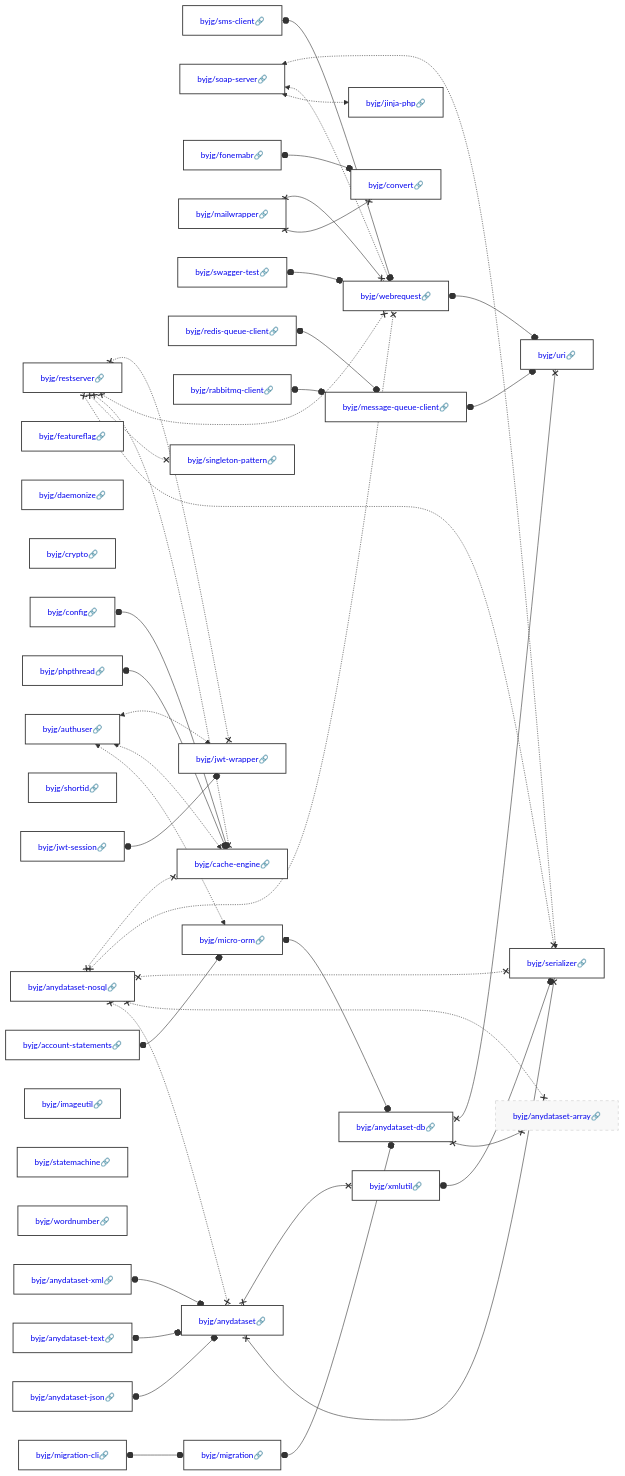
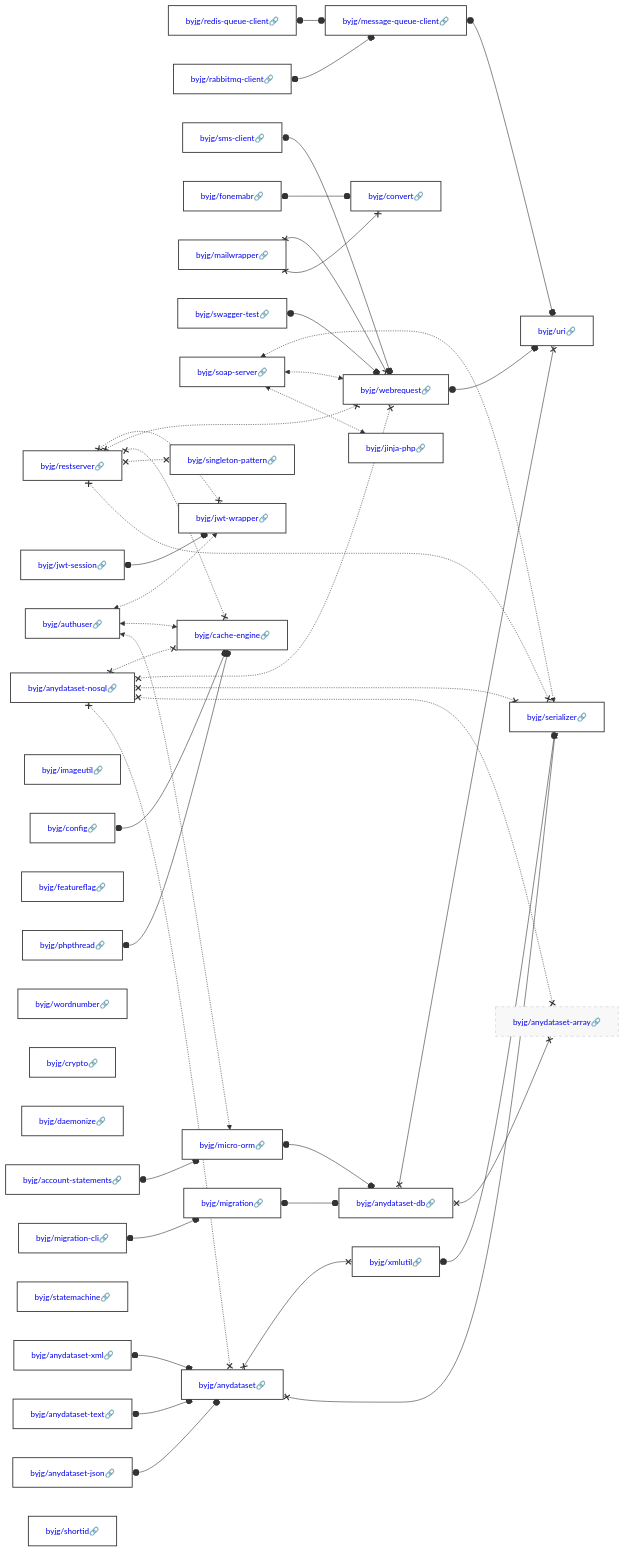
The diagram in docs/php/README.md (byjg/byjg.github.io), drawn with Mermaid before and after one commit. The commit also changed other lines of this file and 5 other files, not shown here.

Commit message:
Update documentation 'php' 'php-phpthread'

````diff
--- a/docs/php/README.md
+++ b/docs/php/README.md
@@ -3,45 +3,45 @@
 ```mermaid
 graph LR;
+  byjg/restserver[<a href='https://opensource.byjg.com/docs/php/restserver' style='text-decoration:none'>byjg/restserver🔗</a>];
+  byjg/anydataset-text[<a href='https://opensource.byjg.com/docs/php/anydataset-text' style='text-decoration:none'>byjg/anydataset-text🔗</a>];
+  byjg/anydataset-json[<a href='https://opensource.byjg.com/docs/php/anydataset-json' style='text-decoration:none'>byjg/anydataset-json🔗</a>];
+  byjg/anydataset-nosql[<a href='https://opensource.byjg.com/docs/php/anydataset-nosql' style='text-decoration:none'>byjg/anydataset-nosql🔗</a>];
+  byjg/imageutil[<a href='https://opensource.byjg.com/docs/php/imageutil' style='text-decoration:none'>byjg/imageutil🔗</a>];
+  byjg/phpthread[<a href='https://opensource.byjg.com/docs/php/phpthread' style='text-decoration:none'>byjg/phpthread🔗</a>];
+  byjg/featureflag[<a href='https://opensource.byjg.com/docs/php/featureflag' style='text-decoration:none'>byjg/featureflag🔗</a>];
+  byjg/account-statements[<a href='https://opensource.byjg.com/docs/php/account-statements' style='text-decoration:none'>byjg/account-statements🔗</a>];
+  byjg/wordnumber[<a href='https://opensource.byjg.com/docs/php/wordnumber' style='text-decoration:none'>byjg/wordnumber🔗</a>];
+  byjg/crypto[<a href='https://opensource.byjg.com/docs/php/crypto' style='text-decoration:none'>byjg/crypto🔗</a>];
+  byjg/redis-queue-client[<a href='https://opensource.byjg.com/docs/php/redis-queue-client' style='text-decoration:none'>byjg/redis-queue-client🔗</a>];
+  byjg/daemonize[<a href='https://opensource.byjg.com/docs/php/daemonize' style='text-decoration:none'>byjg/daemonize🔗</a>];
+  byjg/rabbitmq-client[<a href='https://opensource.byjg.com/docs/php/rabbitmq-client' style='text-decoration:none'>byjg/rabbitmq-client🔗</a>];
+  byjg/authuser[<a href='https://opensource.byjg.com/docs/php/authuser' style='text-decoration:none'>byjg/authuser🔗</a>];
   byjg/sms-client[<a href='https://opensource.byjg.com/docs/php/sms-client' style='text-decoration:none'>byjg/sms-client🔗</a>];
   byjg/anydataset-xml[<a href='https://opensource.byjg.com/docs/php/anydataset-xml' style='text-decoration:none'>byjg/anydataset-xml🔗</a>];
-  byjg/featureflag[<a href='https://opensource.byjg.com/docs/php/featureflag' style='text-decoration:none'>byjg/featureflag🔗</a>];
-  byjg/daemonize[<a href='https://opensource.byjg.com/docs/php/daemonize' style='text-decoration:none'>byjg/daemonize🔗</a>];
-  byjg/crypto[<a href='https://opensource.byjg.com/docs/php/crypto' style='text-decoration:none'>byjg/crypto🔗</a>];
+  byjg/statemachine[<a href='https://opensource.byjg.com/docs/php/statemachine' style='text-decoration:none'>byjg/statemachine🔗</a>];
+  byjg/migration-cli[<a href='https://opensource.byjg.com/docs/php/migration-cli' style='text-decoration:none'>byjg/migration-cli🔗</a>];
+  byjg/fonemabr[<a href='https://opensource.byjg.com/docs/php/fonemabr' style='text-decoration:none'>byjg/fonemabr🔗</a>];
+  byjg/mailwrapper[<a href='https://opensource.byjg.com/docs/php/mailwrapper' style='text-decoration:none'>byjg/mailwrapper🔗</a>];
   byjg/jwt-session[<a href='https://opensource.byjg.com/docs/php/jwt-session' style='text-decoration:none'>byjg/jwt-session🔗</a>];
-  byjg/anydataset-json[<a href='https://opensource.byjg.com/docs/php/anydataset-json' style='text-decoration:none'>byjg/anydataset-json🔗</a>];
+  byjg/swagger-test[<a href='https://opensource.byjg.com/docs/php/swagger-test' style='text-decoration:none'>byjg/swagger-test🔗</a>];
+  byjg/config[<a href='https://opensource.byjg.com/docs/php/config' style='text-decoration:none'>byjg/config🔗</a>];
+  byjg/shortid[<a href='https://opensource.byjg.com/docs/php/shortid' style='text-decoration:none'>byjg/shortid🔗</a>];
   byjg/soap-server[<a href='https://opensource.byjg.com/docs/php/soap-server' style='text-decoration:none'>byjg/soap-server🔗</a>];
-  byjg/migration-cli[<a href='https://opensource.byjg.com/docs/php/migration-cli' style='text-decoration:none'>byjg/migration-cli🔗</a>];
-  byjg/shortid[<a href='https://opensource.byjg.com/docs/php/shortid' style='text-decoration:none'>byjg/shortid🔗</a>];
-  byjg/anydataset-nosql[<a href='https://opensource.byjg.com/docs/php/anydataset-nosql' style='text-decoration:none'>byjg/anydataset-nosql🔗</a>];
-  byjg/config[<a href='https://opensource.byjg.com/docs/php/config' style='text-decoration:none'>byjg/config🔗</a>];
-  byjg/fonemabr[<a href='https://opensource.byjg.com/docs/php/fonemabr' style='text-decoration:none'>byjg/fonemabr🔗</a>];
-  byjg/restserver[<a href='https://opensource.byjg.com/docs/php/restserver' style='text-decoration:none'>byjg/restserver🔗</a>];
-  byjg/mailwrapper[<a href='https://opensource.byjg.com/docs/php/mailwrapper' style='text-decoration:none'>byjg/mailwrapper🔗</a>];
-  byjg/imageutil[<a href='https://opensource.byjg.com/docs/php/imageutil' style='text-decoration:none'>byjg/imageutil🔗</a>];
-  byjg/statemachine[<a href='https://opensource.byjg.com/docs/php/statemachine' style='text-decoration:none'>byjg/statemachine🔗</a>];
-  byjg/swagger-test[<a href='https://opensource.byjg.com/docs/php/swagger-test' style='text-decoration:none'>byjg/swagger-test🔗</a>];
-  byjg/wordnumber[<a href='https://opensource.byjg.com/docs/php/wordnumber' style='text-decoration:none'>byjg/wordnumber🔗</a>];
-  byjg/redis-queue-client[<a href='https://opensource.byjg.com/docs/php/redis-queue-client' style='text-decoration:none'>byjg/redis-queue-client🔗</a>];
-  byjg/account-statements[<a href='https://opensource.byjg.com/docs/php/account-statements' style='text-decoration:none'>byjg/account-statements🔗</a>];
-  byjg/phpthread[<a href='https://opensource.byjg.com/docs/php/phpthread' style='text-decoration:none'>byjg/phpthread🔗</a>];
-  byjg/rabbitmq-client[<a href='https://opensource.byjg.com/docs/php/rabbitmq-client' style='text-decoration:none'>byjg/rabbitmq-client🔗</a>];
-  byjg/authuser[<a href='https://opensource.byjg.com/docs/php/authuser' style='text-decoration:none'>byjg/authuser🔗</a>];
-  byjg/anydataset-text[<a href='https://opensource.byjg.com/docs/php/anydataset-text' style='text-decoration:none'>byjg/anydataset-text🔗</a>];
-  byjg/jinja-php[<a href='https://opensource.byjg.com/docs/php/jinja-php' style='text-decoration:none'>byjg/jinja-php🔗</a>];
-  byjg/migration[<a href='https://opensource.byjg.com/docs/php/migration' style='text-decoration:none'>byjg/migration🔗</a>];
   byjg/singleton-pattern[<a href='https://opensource.byjg.com/docs/php/singleton-pattern' style='text-decoration:none'>byjg/singleton-pattern🔗</a>];
-  byjg/convert[<a href='https://opensource.byjg.com/docs/php/convert' style='text-decoration:none'>byjg/convert🔗</a>];
-  byjg/webrequest[<a href='https://opensource.byjg.com/docs/php/webrequest' style='text-decoration:none'>byjg/webrequest🔗</a>];
   byjg/message-queue-client[<a href='https://opensource.byjg.com/docs/php/message-queue-client' style='text-decoration:none'>byjg/message-queue-client🔗</a>];
   byjg/micro-orm[<a href='https://opensource.byjg.com/docs/php/micro-orm' style='text-decoration:none'>byjg/micro-orm🔗</a>];
+  byjg/anydataset[<a href='https://opensource.byjg.com/docs/php/anydataset' style='text-decoration:none'>byjg/anydataset🔗</a>];
+  byjg/migration[<a href='https://opensource.byjg.com/docs/php/migration' style='text-decoration:none'>byjg/migration🔗</a>];
+  byjg/convert[<a href='https://opensource.byjg.com/docs/php/convert' style='text-decoration:none'>byjg/convert🔗</a>];
+  byjg/jwt-wrapper[<a href='https://opensource.byjg.com/docs/php/jwt-wrapper' style='text-decoration:none'>byjg/jwt-wrapper🔗</a>];
   byjg/cache-engine[<a href='https://opensource.byjg.com/docs/php/cache-engine' style='text-decoration:none'>byjg/cache-engine🔗</a>];
-  byjg/jwt-wrapper[<a href='https://opensource.byjg.com/docs/php/jwt-wrapper' style='text-decoration:none'>byjg/jwt-wrapper🔗</a>];
-  byjg/anydataset[<a href='https://opensource.byjg.com/docs/php/anydataset' style='text-decoration:none'>byjg/anydataset🔗</a>];
+  byjg/jinja-php[<a href='https://opensource.byjg.com/docs/php/jinja-php' style='text-decoration:none'>byjg/jinja-php🔗</a>];
+  byjg/webrequest[<a href='https://opensource.byjg.com/docs/php/webrequest' style='text-decoration:none'>byjg/webrequest🔗</a>];
+  byjg/xmlutil[<a href='https://opensource.byjg.com/docs/php/xmlutil' style='text-decoration:none'>byjg/xmlutil🔗</a>];
   byjg/anydataset-db[<a href='https://opensource.byjg.com/docs/php/anydataset-db' style='text-decoration:none'>byjg/anydataset-db🔗</a>];
-  byjg/xmlutil[<a href='https://opensource.byjg.com/docs/php/xmlutil' style='text-decoration:none'>byjg/xmlutil🔗</a>];
+  byjg/serializer[<a href='https://opensource.byjg.com/docs/php/serializer' style='text-decoration:none'>byjg/serializer🔗</a>];
   byjg/anydataset-array[<a href='https://opensource.byjg.com/docs/php/anydataset-array' style='text-decoration:none'>byjg/anydataset-array🔗</a>];
   byjg/uri[<a href='https://opensource.byjg.com/docs/php/uri' style='text-decoration:none'>byjg/uri🔗</a>];
-  byjg/serializer[<a href='https://opensource.byjg.com/docs/php/serializer' style='text-decoration:none'>byjg/serializer🔗</a>];
   byjg/xmlutil o--o byjg/serializer;
   byjg/rabbitmq-client o--o byjg/message-queue-client;
   byjg/migration o--o byjg/anydataset-db;
````
